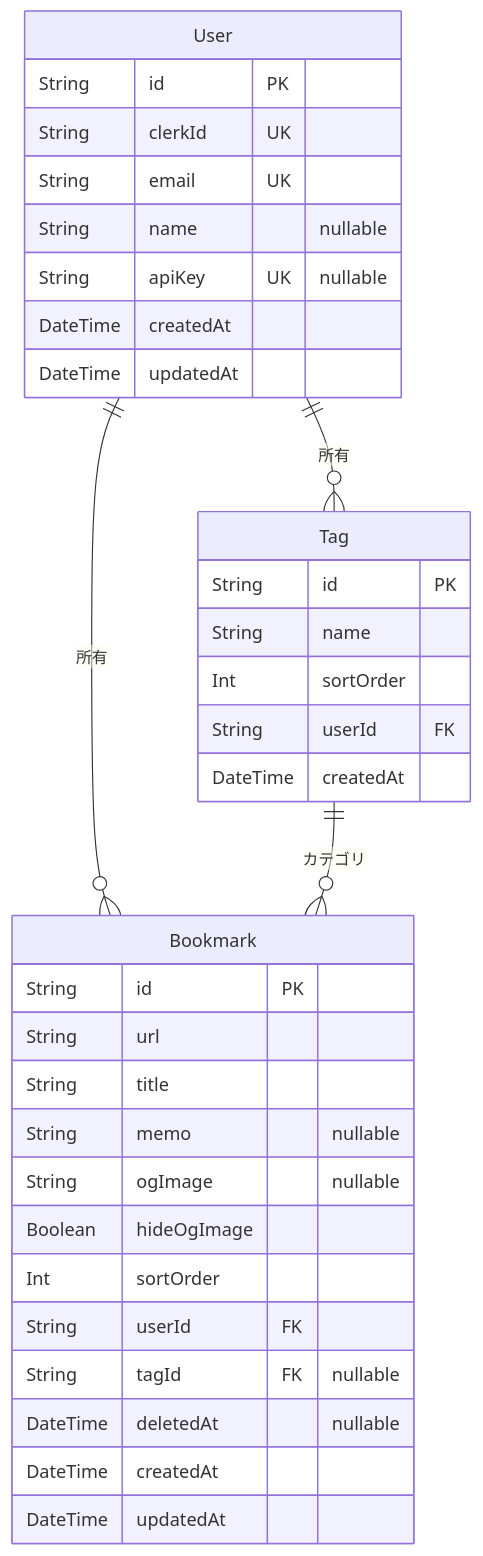
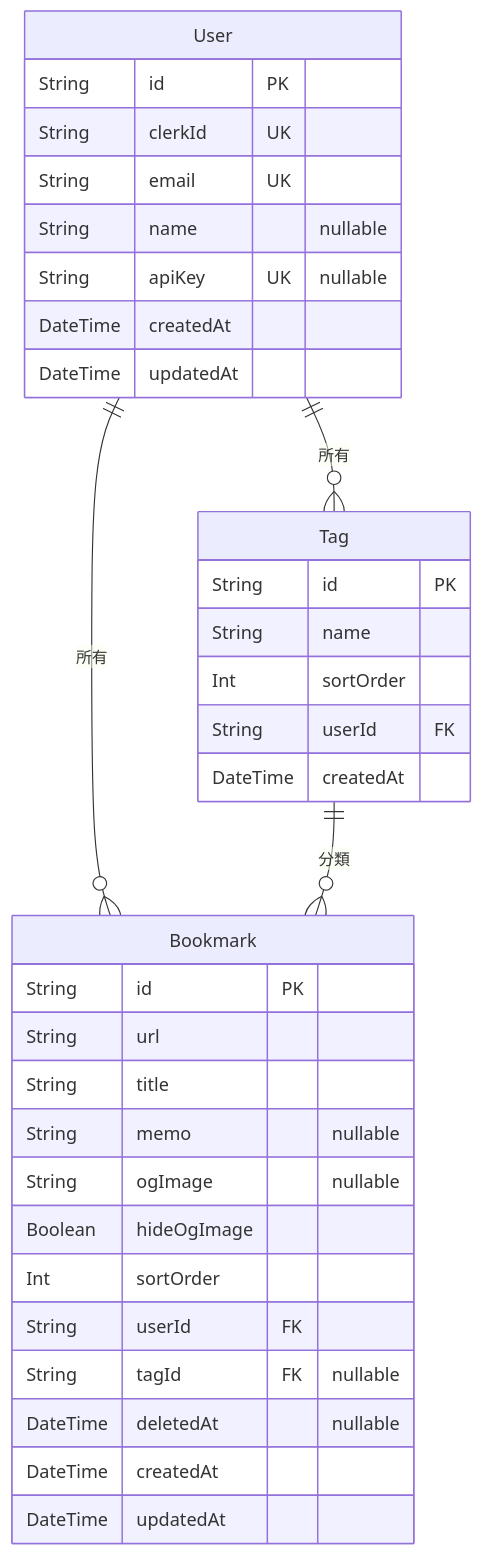
Before and after one commit to ot-nemoto/link-hub: the diagram in docs/schema.md, drawn with Mermaid. The commit also changed other lines of this file and 27 other files, not shown here.

````diff
--- a/docs/schema.md
+++ b/docs/schema.md
@@ -9,37 +9,37 @@
 ```mermaid
 erDiagram
     User {
         String id PK
         String clerkId UK
         String email UK
         String name "nullable"
         String apiKey UK "nullable"
         DateTime createdAt
         DateTime updatedAt
     }
     Bookmark {
         String id PK
         String url
         String title
         String memo "nullable"
         String ogImage "nullable"
         Boolean hideOgImage
         Int sortOrder
         String userId FK
         String tagId FK "nullable"
         DateTime deletedAt "nullable"
         DateTime createdAt
         DateTime updatedAt
     }
     Tag {
         String id PK
         String name
         Int sortOrder
         String userId FK
         DateTime createdAt
     }
 
     User ||--o{ Bookmark : "所有"
     User ||--o{ Tag : "所有"
-    Tag ||--o{ Bookmark : "カテゴリ"
+    Tag ||--o{ Bookmark : "分類"
 ```
````
